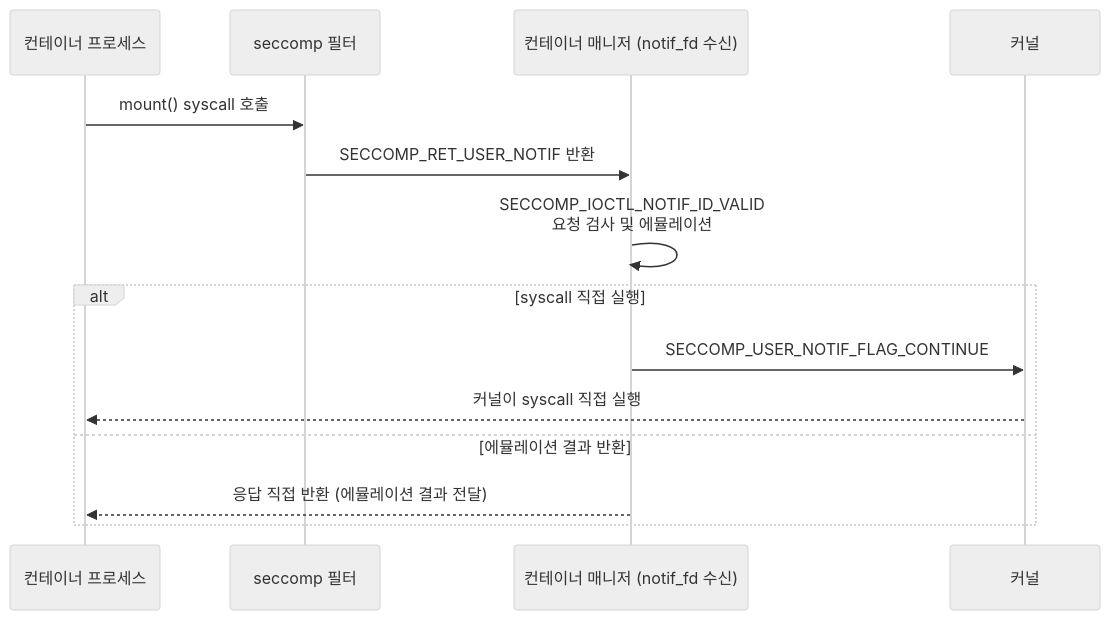
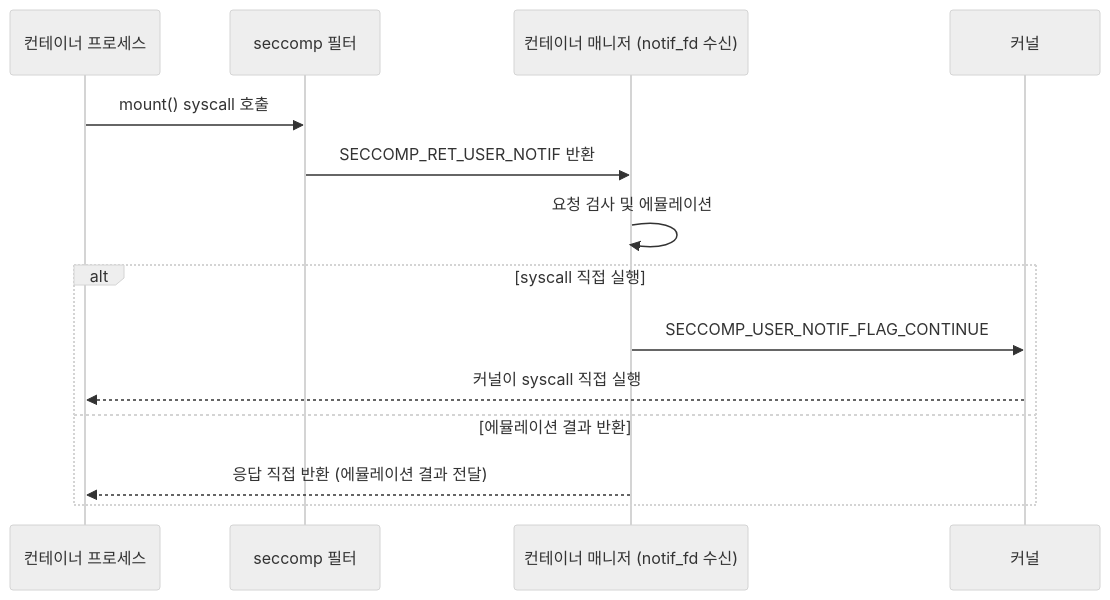
One commit to moonblueblue/devops-wiki changed the third of 3 diagrams in content/linux/linux-security/seccomp.md. Above: the diagram before and after it, drawn with Mermaid (neutral theme). The commit also changed other lines of this file and 37 other files, not shown here.

First line of the commit message:
style: linux 카테고리 ASCII 도표·Mermaid 라벨 형식 교정

````diff
--- a/content/linux/linux-security/seccomp.md
+++ b/content/linux/linux-security/seccomp.md
@@ -327,17 +337,17 @@
 ```mermaid
 sequenceDiagram
     participant CP as 컨테이너 프로세스
     participant SF as seccomp 필터
     participant CM as 컨테이너 매니저 (notif_fd 수신)
     participant K as 커널
 
     CP->>SF: mount() syscall 호출
     SF->>CM: SECCOMP_RET_USER_NOTIF 반환
-    CM->>CM: SECCOMP_IOCTL_NOTIF_ID_VALID<br/>요청 검사 및 에뮬레이션
+    CM->>CM: 요청 검사 및 에뮬레이션
     alt syscall 직접 실행
         CM->>K: SECCOMP_USER_NOTIF_FLAG_CONTINUE
         K-->>CP: 커널이 syscall 직접 실행
     else 에뮬레이션 결과 반환
         CM-->>CP: 응답 직접 반환 (에뮬레이션 결과 전달)
     end
 ```
````
